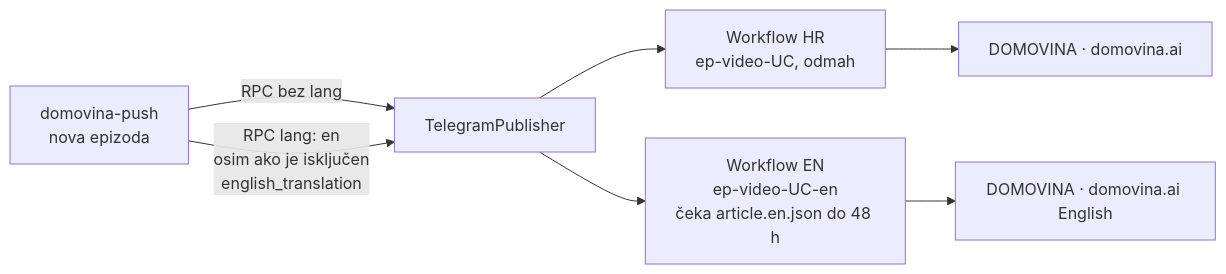
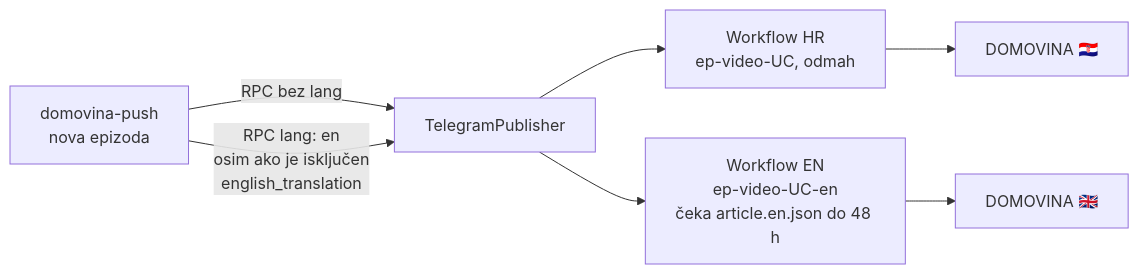
One commit to domovinatv/telegram.domovina.ai changed the fourth of 4 diagrams in docs/2026-11-19-poglavlja-u-komentarima-i-prvi-kanal.md. Above: the diagram before and after it, drawn with Mermaid. The commit also changed other lines of this file and 6 other files, not shown here.

````diff
--- a/docs/2026-11-19-poglavlja-u-komentarima-i-prvi-kanal.md
+++ b/docs/2026-11-19-poglavlja-u-komentarima-i-prvi-kanal.md
@@ -180,9 +183,9 @@
 ```mermaid
 flowchart LR
   P["domovina-push<br/>nova epizoda"] -->|"RPC bez lang"| T["TelegramPublisher"]
   P -->|"RPC lang: en<br/>osim ako je isključen<br/>english_translation"| T
   T --> HR["Workflow HR<br/>ep-video-UC, odmah"]
   T --> EN["Workflow EN<br/>ep-video-UC-en<br/>čeka article.en.json do 48 h"]
-  HR --> K1["DOMOVINA · domovina.ai"]
-  EN --> K2["DOMOVINA · domovina.ai English"]
+  HR --> K1["DOMOVINA 🇭🇷"]
+  EN --> K2["DOMOVINA 🇬🇧"]
 ```
````
